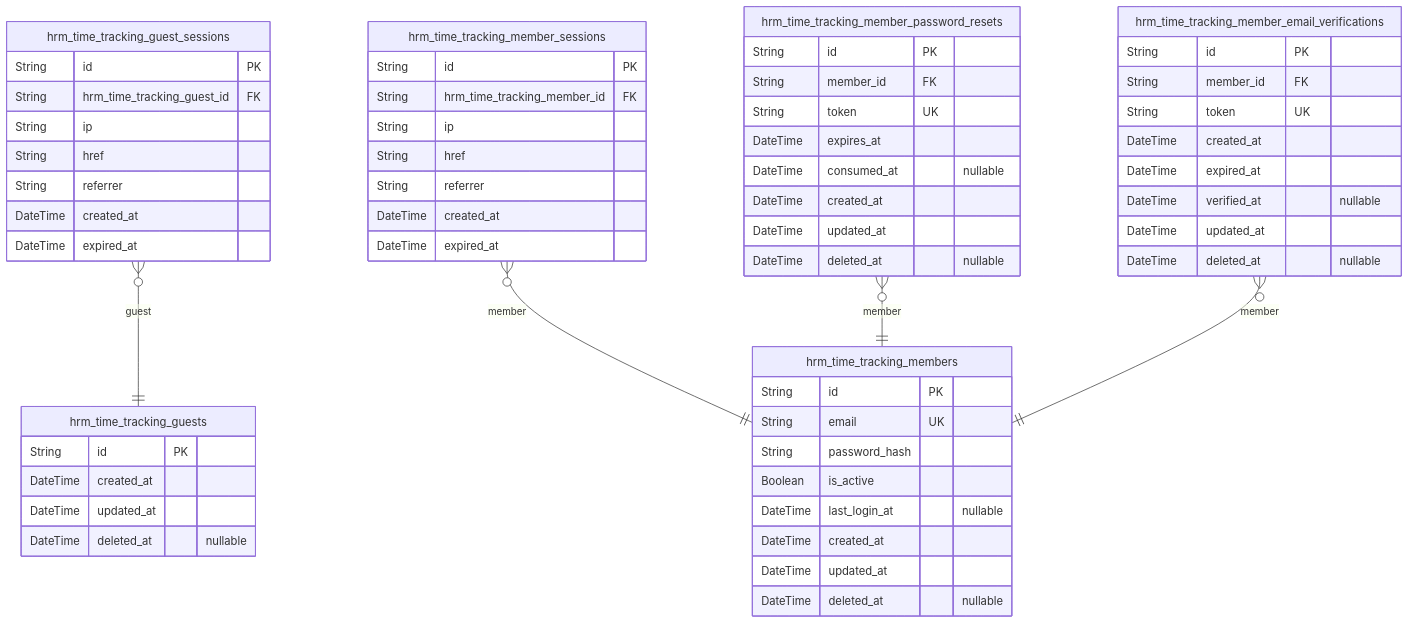
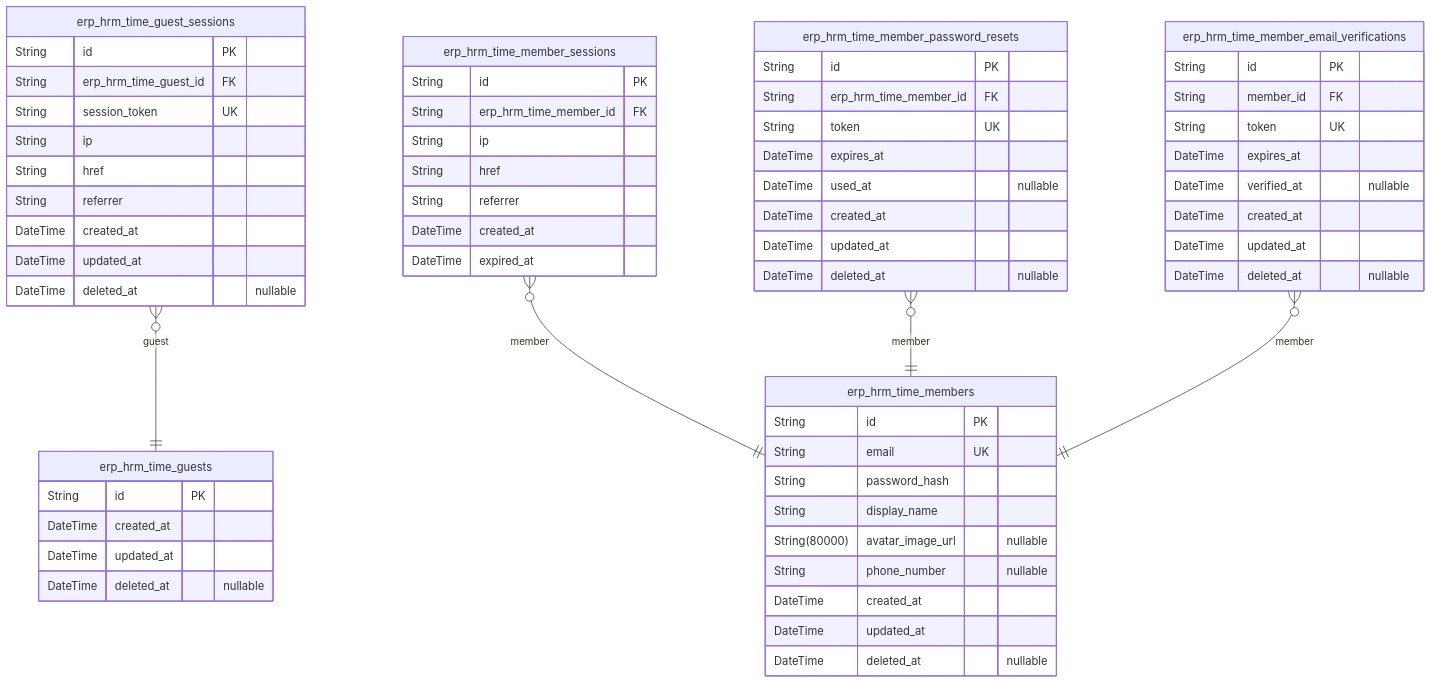
One commit to wrtnlabs/autobe-examples changed the first of 9 diagrams in openai/gpt-5.4-mini/erp/docs/ERD.md. Above: the diagram before and after it, drawn with Mermaid. The commit also changed other lines of this file and 9017 other files, not shown here.

````diff
--- a/openai/gpt-5.4-mini/erp/docs/ERD.md
+++ b/openai/gpt-5.4-mini/erp/docs/ERD.md
@@ -14,61 +17,64 @@
 ```mermaid
 erDiagram
-"hrm_time_tracking_guests" {
+"erp_hrm_time_guests" {
   String id PK
   DateTime created_at
   DateTime updated_at
   DateTime deleted_at "nullable"
 }
-"hrm_time_tracking_guest_sessions" {
+"erp_hrm_time_guest_sessions" {
   String id PK
-  String hrm_time_tracking_guest_id FK
+  String erp_hrm_time_guest_id FK
+  String session_token UK
+  String ip
+  String href
+  String referrer
+  DateTime created_at
+  DateTime updated_at
+  DateTime deleted_at "nullable"
+}
+"erp_hrm_time_members" {
+  String id PK
+  String email UK
+  String password_hash
+  String display_name
+  String(80000) avatar_image_url "nullable"
+  String phone_number "nullable"
+  DateTime created_at
+  DateTime updated_at
+  DateTime deleted_at "nullable"
+}
+"erp_hrm_time_member_sessions" {
+  String id PK
+  String erp_hrm_time_member_id FK
   String ip
   String href
   String referrer
   DateTime created_at
   DateTime expired_at
 }
-"hrm_time_tracking_members" {
+"erp_hrm_time_member_password_resets" {
   String id PK
-  String email UK
-  String password_hash
-  Boolean is_active
-  DateTime last_login_at "nullable"
+  String erp_hrm_time_member_id FK
+  String token UK
+  DateTime expires_at
+  DateTime used_at "nullable"
   DateTime created_at
   DateTime updated_at
   DateTime deleted_at "nullable"
 }
-"hrm_time_tracking_member_sessions" {
-  String id PK
-  String hrm_time_tracking_member_id FK
-  String ip
-  String href
-  String referrer
-  DateTime created_at
-  DateTime expired_at
-}
-"hrm_time_tracking_member_password_resets" {
+"erp_hrm_time_member_email_verifications" {
   String id PK
   String member_id FK
   String token UK
   DateTime expires_at
-  DateTime consumed_at "nullable"
+  DateTime verified_at "nullable"
   DateTime created_at
   DateTime updated_at
   DateTime deleted_at "nullable"
 }
-"hrm_time_tracking_member_email_verifications" {
-  String id PK
-  String member_id FK
-  String token UK
-  DateTime created_at
-  DateTime expired_at
-  DateTime verified_at "nullable"
-  DateTime updated_at
-  DateTime deleted_at "nullable"
-}
-"hrm_time_tracking_guest_sessions" }o--|| "hrm_time_tracking_guests" : guest
-"hrm_time_tracking_member_sessions" }o--|| "hrm_time_tracking_members" : member
-"hrm_time_tracking_member_password_resets" }o--|| "hrm_time_tracking_members" : member
-"hrm_time_tracking_member_email_verifications" }o--|| "hrm_time_tracking_members" : member
+"erp_hrm_time_guest_sessions" }o--|| "erp_hrm_time_guests" : guest
+"erp_hrm_time_member_sessions" }o--|| "erp_hrm_time_members" : member
+"erp_hrm_time_member_password_resets" }o--|| "erp_hrm_time_members" : member
+"erp_hrm_time_member_email_verifications" }o--|| "erp_hrm_time_members" : member
 ```
````
